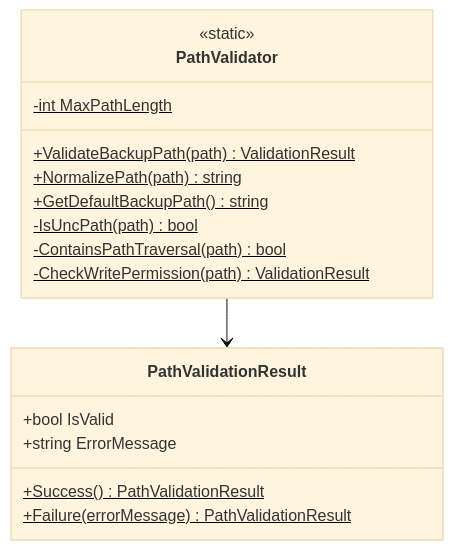
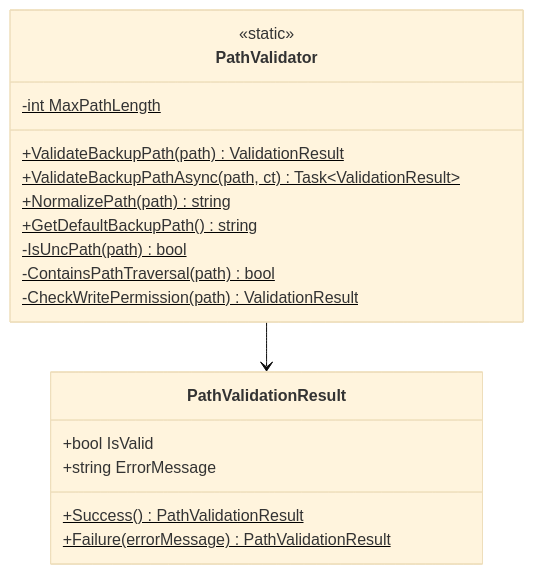
Diagram 44 of 49 in ICCardManager/docs/design/05_クラス設計書.md (kuwayamamasayuki/ICCardManager), drawn with Mermaid (base theme) before and after one commit. The commit also changed other lines of this file and 7 other files, not shown here.

````diff
--- a/ICCardManager/docs/design/05_クラス設計書.md
+++ b/ICCardManager/docs/design/05_クラス設計書.md
@@ -2276,22 +2276,23 @@
 ```mermaid
 classDiagram
     class PathValidator {
         <<static>>
         -int MaxPathLength$
         +ValidateBackupPath(path)$ ValidationResult
+        +ValidateBackupPathAsync(path, ct)$ Task~ValidationResult~
         +NormalizePath(path)$ string
         +GetDefaultBackupPath()$ string
         -IsUncPath(path)$ bool
         -ContainsPathTraversal(path)$ bool
         -CheckWritePermission(path)$ ValidationResult
     }
 
     class PathValidationResult {
         +bool IsValid
         +string ErrorMessage
         +Success()$ PathValidationResult
         +Failure(errorMessage)$ PathValidationResult
     }
 
     PathValidator --> PathValidationResult
 ```
````
